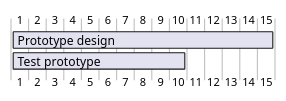
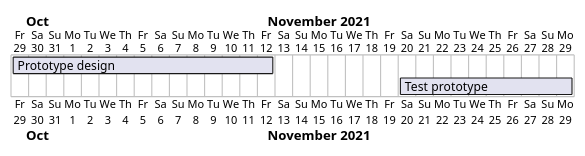
Before and after one commit to facund015/codeRelatedObsidianNotes: the diagram in Diagramas.md, drawn with PlantUML. The commit also changed 1 other file, not shown here.

Commit message:
vault backup: 2021-09-29 12:08:37

````diff
--- a/Diagramas.md
+++ b/Diagramas.md
@@ -1,12 +1,15 @@
 ```plantuml
 
 @startgantt
 [Prototype design] lasts 15 days
 [Test prototype] lasts 10 days
 
+Project starts 2021-10-29
+[Prototype design] starts 2021-10-29
+[Test prototype] starts 2021-11-20
 
 @endgantt
 
 
 
 ```
````
